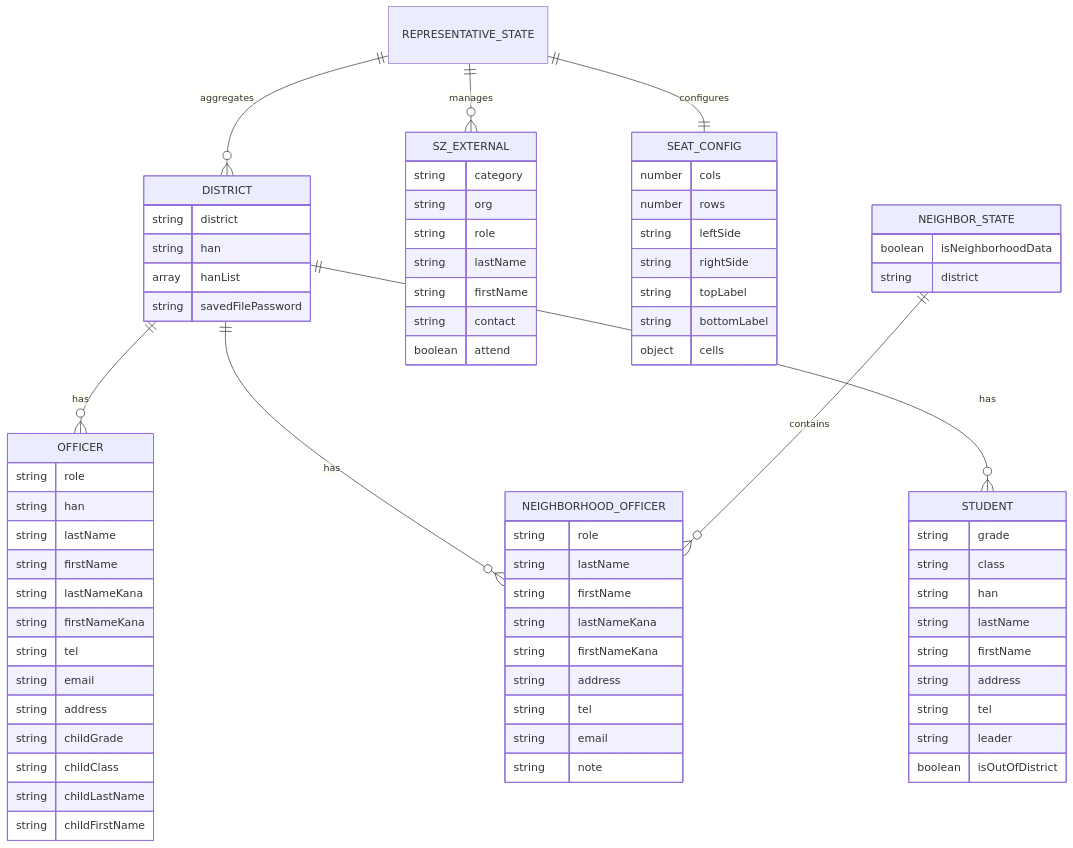
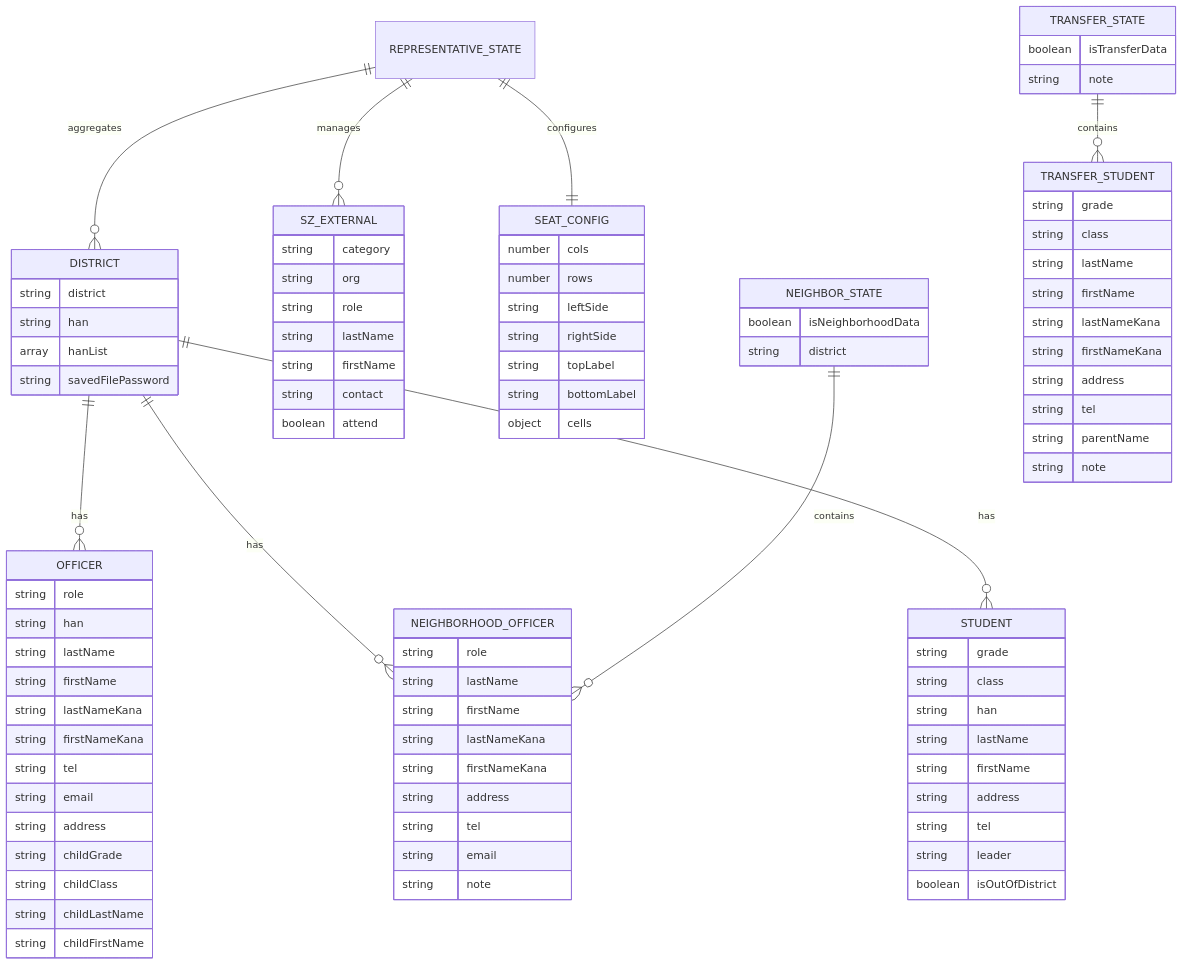
One commit to tekuteku-life/kogaidocs changed the fourth of 4 diagrams in docs/system_design.md. Above: the diagram before and after it, drawn with Mermaid. The commit also changed other lines of this file and 23 other files, not shown here.

```diff
--- a/docs/system_design.md
+++ b/docs/system_design.md
@@ -334,6 +375,8 @@
 
 	NEIGHBOR_STATE ||--o{ NEIGHBORHOOD_OFFICER : "contains"
 
+	TRANSFER_STATE ||--o{ TRANSFER_STUDENT : "contains"
+
 	DISTRICT {
 		string district
 		string han
@@ -343,6 +386,10 @@
 	NEIGHBOR_STATE {
 		boolean isNeighborhoodData
 		string district
+	}
+	TRANSFER_STATE {
+		boolean isTransferData
+		string note
 	}
 	OFFICER {
 		string role
@@ -381,6 +428,18 @@
 		string leader
 		boolean isOutOfDistrict
 	}
+	TRANSFER_STUDENT {
+		string grade
+		string class
+		string lastName
+		string firstName
+		string lastNameKana
+		string firstNameKana
+		string address
+		string tel
+		string parentName
+		string note
+	}
 	SZ_EXTERNAL {
 		string category
 		string org
```
